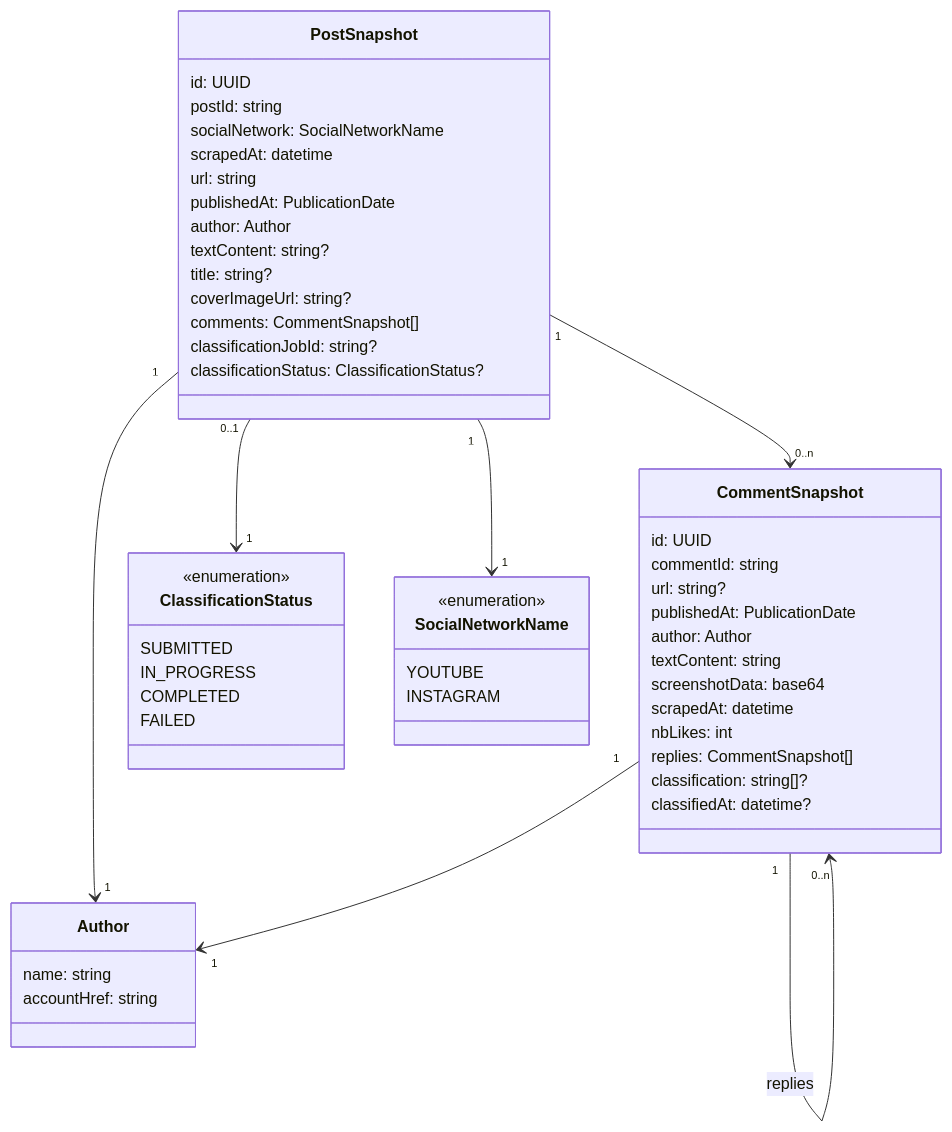
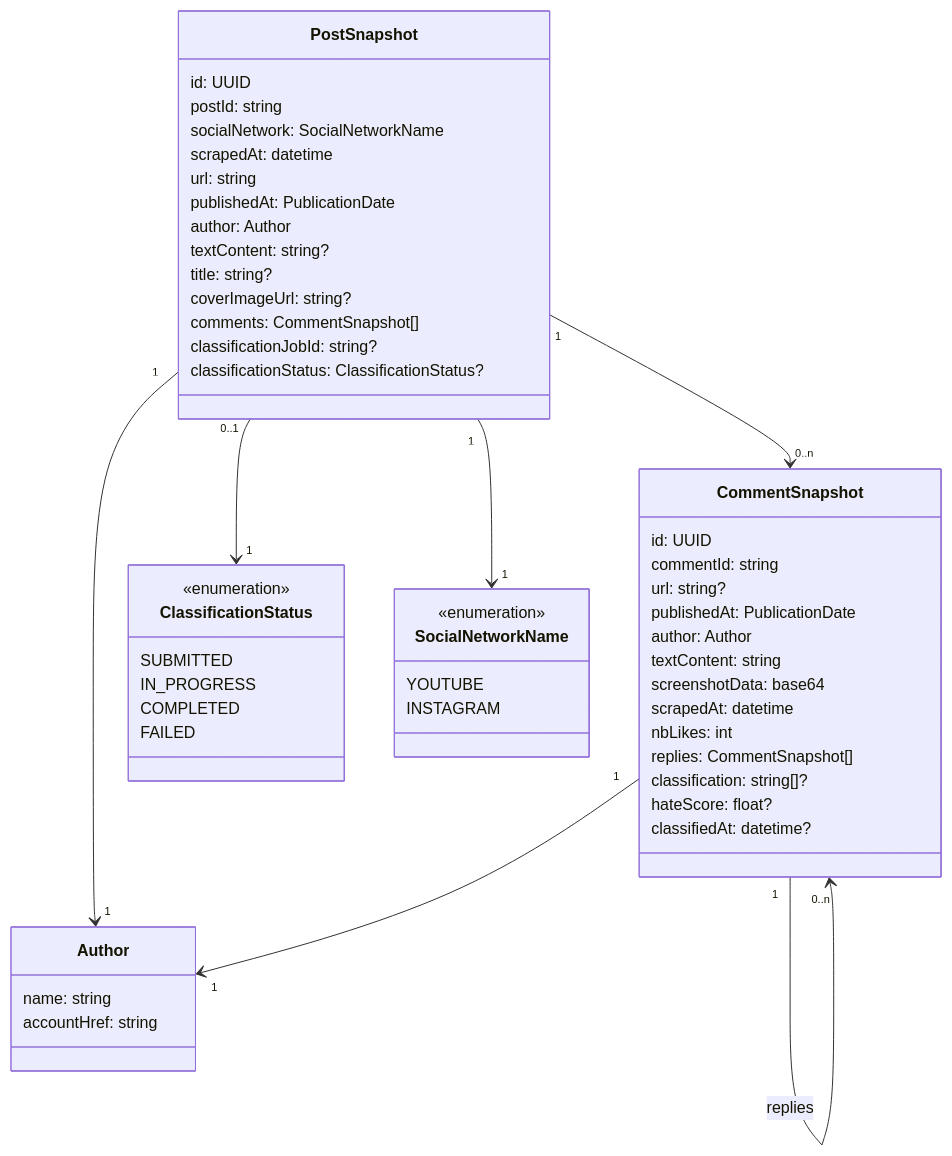
One commit to dataforgoodfr/14_BalanceTesHaters changed the diagram in docs/frontend/model.md. Above: the diagram before and after it, drawn with Mermaid. The commit also changed other lines of this file and 6 other files, not shown here.

Commit message:
feat(storage): add hateScore to frontend model

````diff
--- a/docs/frontend/model.md
+++ b/docs/frontend/model.md
@@ -5,69 +5,70 @@
 ```mermaid
 classDiagram
     class PostSnapshot {
         id: UUID
 
         postId: string
         socialNetwork: SocialNetworkName
         scrapedAt: datetime
 
         url: string
         publishedAt: PublicationDate
         author: Author
         textContent: string?
         title: string?
         coverImageUrl: string?
         comments: CommentSnapshot[]
 
         classificationJobId: string?
         classificationStatus: ClassificationStatus?
     }
 
 
     class CommentSnapshot {
         id: UUID
         commentId: string
         url: string?
 
         publishedAt: PublicationDate
         author: Author
 
         textContent: string
         screenshotData: base64
         scrapedAt: datetime
         nbLikes: int
         replies: CommentSnapshot[]
 
         classification: string[]?
+        hateScore: float?
         classifiedAt: datetime?
     }
 
 
     class Author {
         name: string
         accountHref: string
     }
 
     class ClassificationStatus {
         <<enumeration>>
         SUBMITTED
         IN_PROGRESS
         COMPLETED
         FAILED
     }
 
     class SocialNetworkName {
         <<enumeration>>
         YOUTUBE
         INSTAGRAM
     }
 
 
 
     PostSnapshot "1" --> "1" Author
     PostSnapshot "1" --> "1" SocialNetworkName
     PostSnapshot "1" --> "0..n" CommentSnapshot
     PostSnapshot "0..1" --> "1" ClassificationStatus
     CommentSnapshot "1" --> "1" Author
     CommentSnapshot "1" --> "0..n" CommentSnapshot : replies
 ```
````
